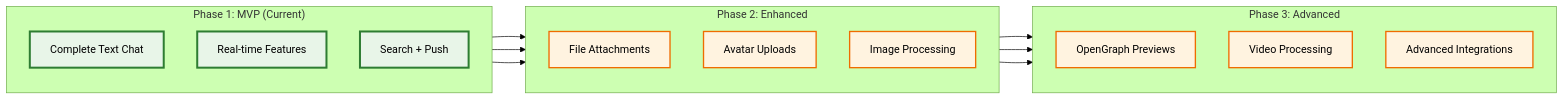
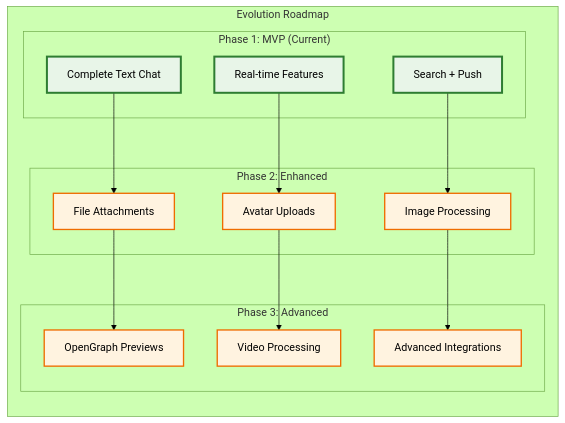
Before and after one commit to that-in-rust/campfire-on-rust: the ninth of 12 diagrams in README.md, drawn with Mermaid (forest theme). The commit also changed other lines of this file, not shown here.

````diff
--- a/README.md
+++ b/README.md
@@ -714,36 +718,38 @@
 ```mermaid
-graph LR
-    subgraph "Phase 1: MVP (Current)"
+graph TD
+    subgraph "Evolution Roadmap"
         direction TB
-        P1A[Complete Text Chat]
-        P1B[Real-time Features]
-        P1C[Search + Push]
+        
+        subgraph "Phase 1: MVP (Current)"
+            P1A[Complete Text Chat]
+            P1B[Real-time Features]
+            P1C[Search + Push]
+        end
+        
+        P1A --> P2A
+        P1B --> P2B
+        P1C --> P2C
+        
+        subgraph "Phase 2: Enhanced"
+            P2A[File Attachments]
+            P2B[Avatar Uploads]
+            P2C[Image Processing]
+        end
+        
+        P2A --> P3A
+        P2B --> P3B
+        P2C --> P3C
+        
+        subgraph "Phase 3: Advanced"
+            P3A[OpenGraph Previews]
+            P3B[Video Processing]
+            P3C[Advanced Integrations]
+        end
     end
-    
-    subgraph "Phase 2: Enhanced"
-        direction TB
-        P2A[File Attachments]
-        P2B[Avatar Uploads]
-        P2C[Image Processing]
-    end
-    
-    subgraph "Phase 3: Advanced"
-        direction TB
-        P3A[OpenGraph Previews]
-        P3B[Video Processing]
-        P3C[Advanced Integrations]
-    end
-    
-    P1A --> P2A
-    P1B --> P2B
-    P1C --> P2C
-    P2A --> P3A
-    P2B --> P3B
-    P2C --> P3C
     
     classDef current fill:#e8f5e8,stroke:#2e7d32,stroke-width:3px
     classDef future fill:#fff3e0,stroke:#ef6c00,stroke-width:2px
     
     class P1A,P1B,P1C current
     class P2A,P2B,P2C,P3A,P3B,P3C future
 ```
````
